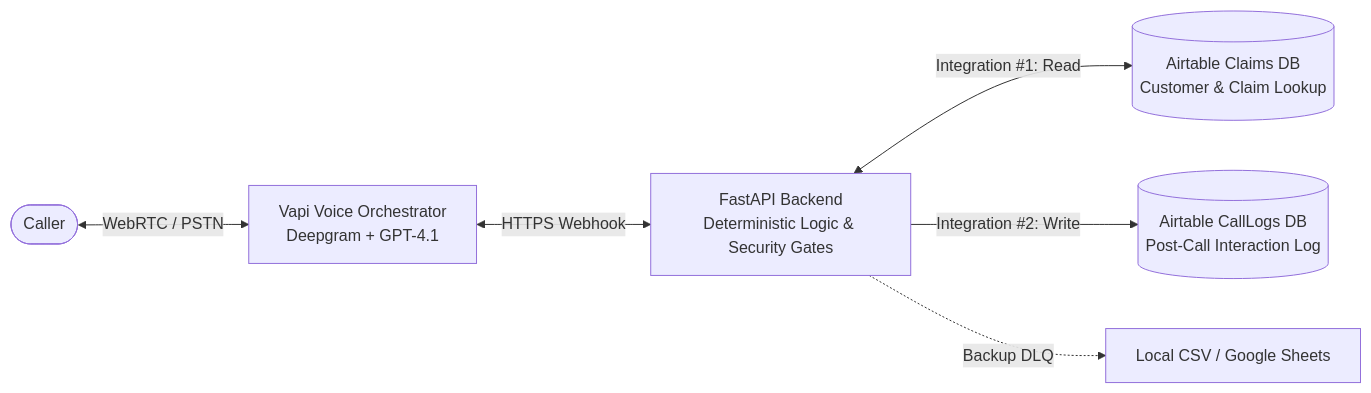
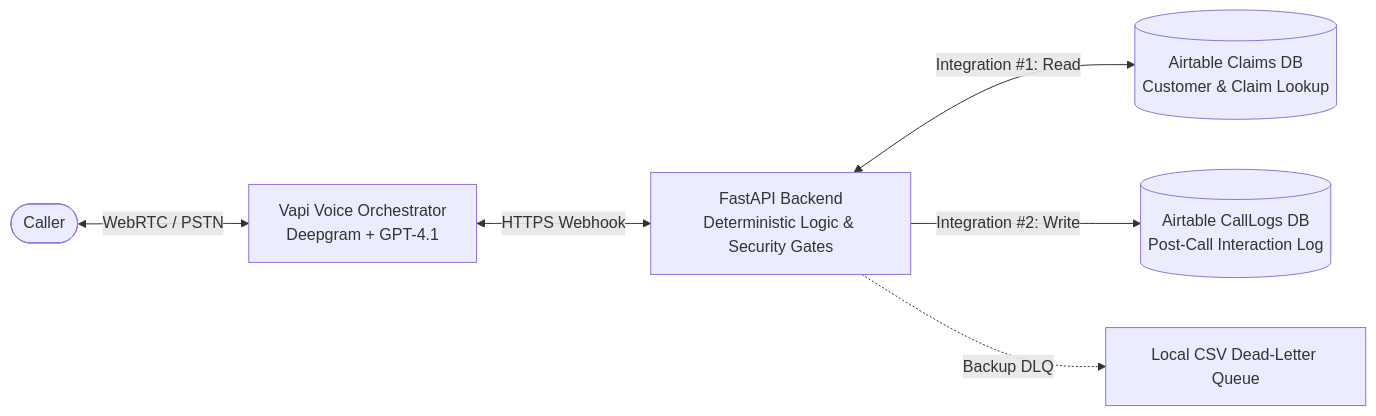
The diagram in README.md (uds822/voice-ai-claims-assistant), drawn with Mermaid before and after one commit. The commit also changed other lines of this file and 5 other files, not shown here.

Commit message:
docs(architecture): update system diagrams and interview Q&A to reflect Airtable CallLogs as Integration #2

````diff
--- a/README.md
+++ b/README.md
@@ -11,8 +11,8 @@
 ```mermaid
 flowchart LR
     Caller([Caller]) <-->|WebRTC / PSTN| Vapi[Vapi Voice Orchestrator\nDeepgram + GPT-4.1]
     Vapi <-->|HTTPS Webhook| FastAPI[FastAPI Backend\nDeterministic Logic & Security Gates]
     FastAPI <-->|Integration #1: Read| AirtableClaims[(Airtable Claims DB\nCustomer & Claim Lookup)]
     FastAPI -->|Integration #2: Write| AirtableLogs[(Airtable CallLogs DB\nPost-Call Interaction Log)]
-    FastAPI -.->|Backup DLQ| AuditLog[Local CSV / Google Sheets]
+    FastAPI -.->|Backup DLQ| AuditLog[Local CSV Dead-Letter Queue]
 ```
````
